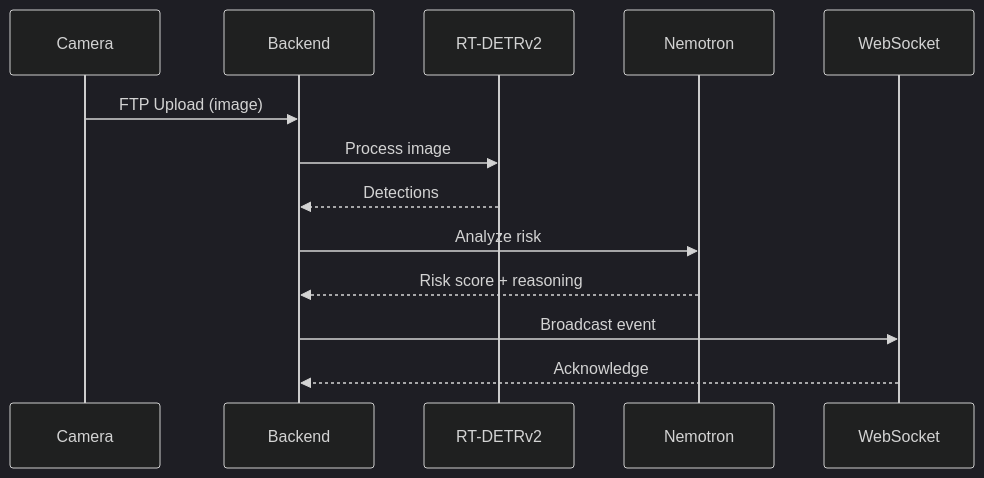
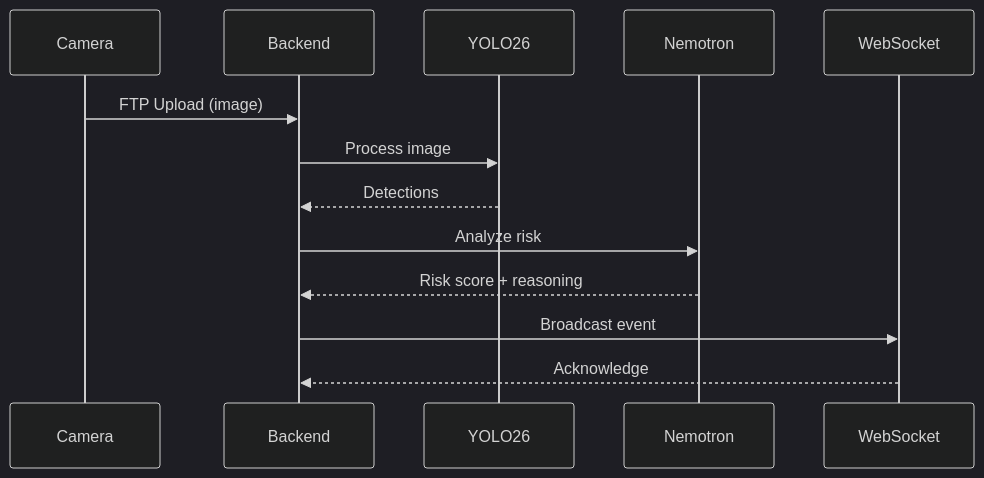
One commit to mikesvoboda/nemotron-v3-home-security-intelligence changed diagram 20 of 21 in docs/images/style-guide.md. Above: the diagram before and after it, drawn with Mermaid. The commit also changed other lines of this file and 474 other files, not shown here.

````diff
--- a/docs/images/style-guide.md
+++ b/docs/images/style-guide.md
@@ -726,17 +726,17 @@
 ```mermaid
 %%{init: {'theme': 'dark'}}%%
 sequenceDiagram
     participant C as Camera
     participant B as Backend
-    participant D as RT-DETRv2
+    participant D as YOLO26
     participant N as Nemotron
     participant W as WebSocket
 
     C->>B: FTP Upload (image)
     B->>D: Process image
     D-->>B: Detections
     B->>N: Analyze risk
     N-->>B: Risk score + reasoning
     B->>W: Broadcast event
     W-->>B: Acknowledge
 ```
````
